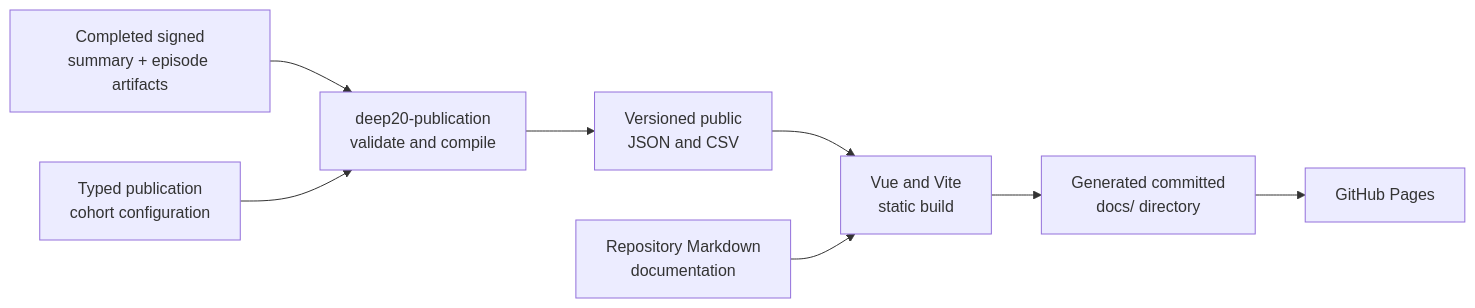
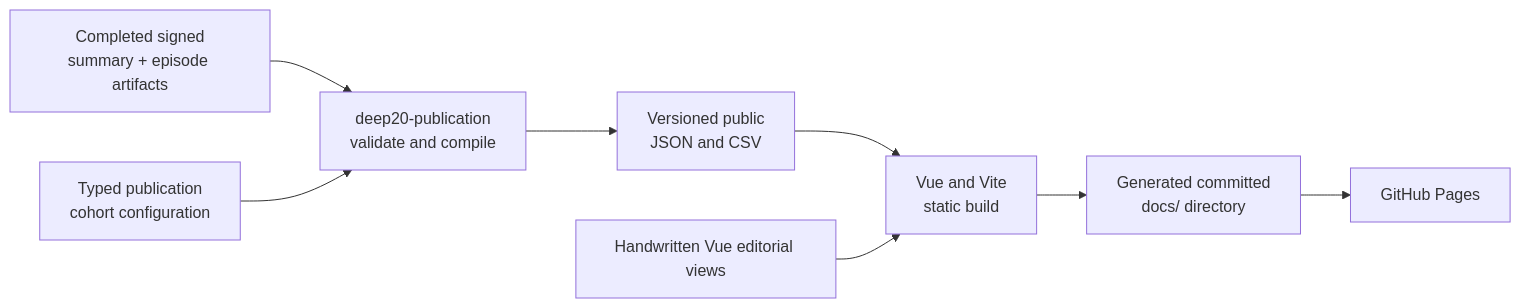
Before and after one commit to mindalyze-com/deep-20-bench: the diagram in documentation/homepage-creation.md, drawn with Mermaid. The commit also changed other lines of this file and 3795 other files, not shown here.

````diff
--- a/documentation/homepage-creation.md
+++ b/documentation/homepage-creation.md
@@ -87,10 +134,10 @@
 ```mermaid
 flowchart LR
     A["Completed signed<br/>summary + episode artifacts"] --> B["deep20-publication<br/>validate and compile"]
     C["Typed publication<br/>cohort configuration"] --> B
     B --> D["Versioned public<br/>JSON and CSV"]
     D --> E["Vue and Vite<br/>static build"]
-    F["Repository Markdown<br/>documentation"] --> E
+    F["Handwritten Vue editorial views"] --> E
     E --> G["Generated committed<br/>docs/ directory"]
     G --> H["GitHub Pages"]
 ```
````
